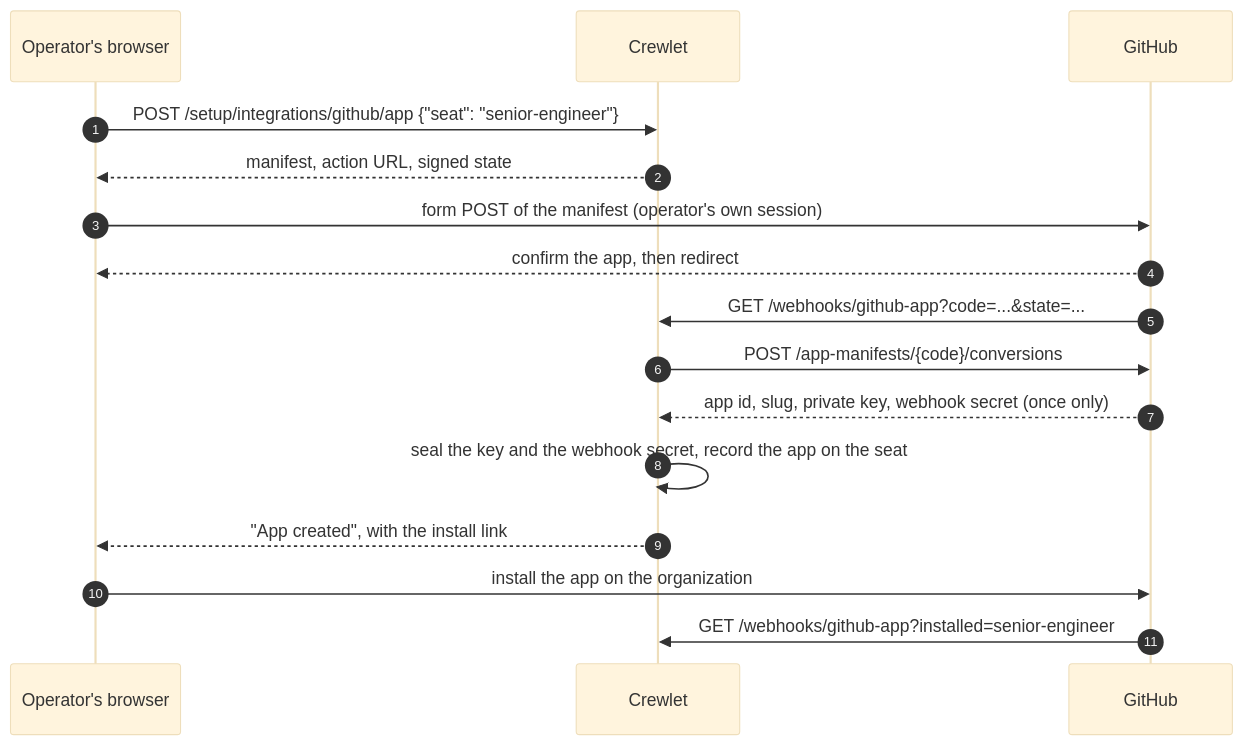
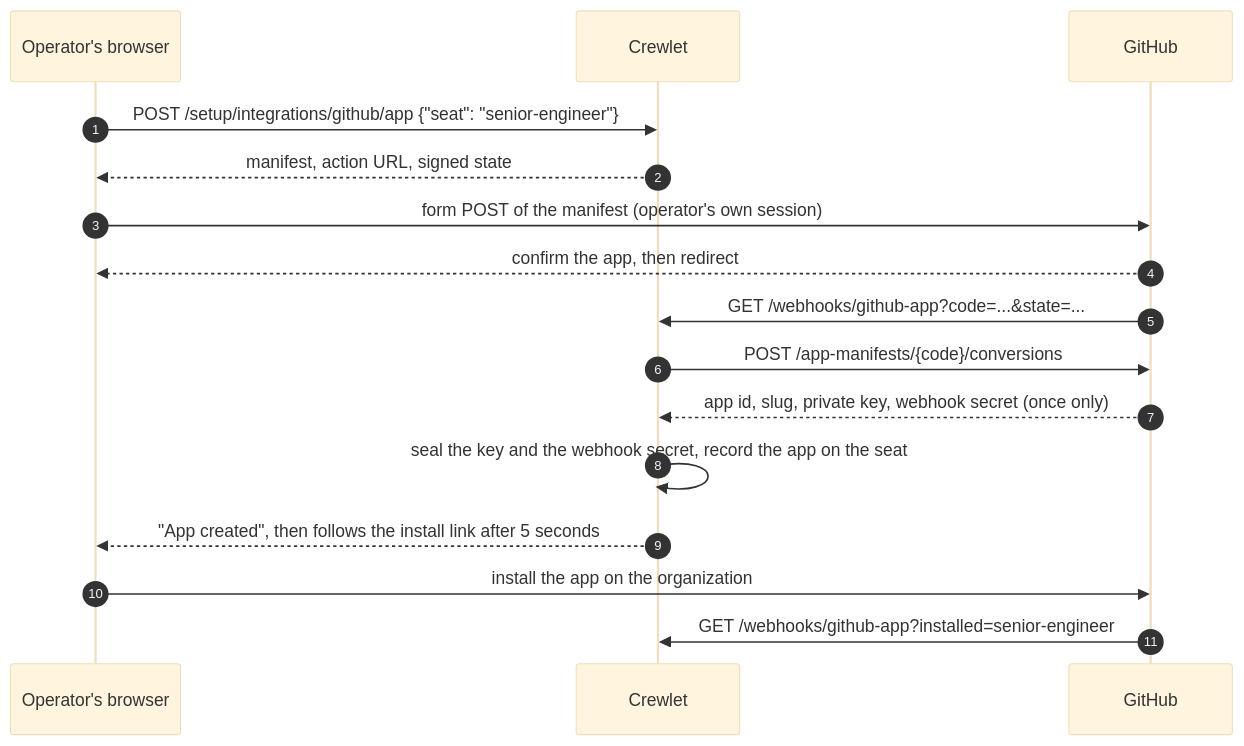
One commit to crewlet/crewlet changed the diagram in docs/integrations/github.md. Above: the diagram before and after it, drawn with Mermaid (base theme). The commit also changed other lines of this file and 2 other files, not shown here.

First line of the commit message:
feat(api): the created-app page takes the operator on to the install

````diff
--- a/docs/integrations/github.md
+++ b/docs/integrations/github.md
@@ -184,19 +184,19 @@
 ```mermaid
 sequenceDiagram
     autonumber
     participant Op as Operator's browser
     participant CL as Crewlet
     participant GH as GitHub
 
     Op->>CL: POST /setup/integrations/github/app {"seat": "senior-engineer"}
     CL-->>Op: manifest, action URL, signed state
     Op->>GH: form POST of the manifest (operator's own session)
     GH-->>Op: confirm the app, then redirect
     GH->>CL: GET /webhooks/github-app?code=...&state=...
     CL->>GH: POST /app-manifests/{code}/conversions
     GH-->>CL: app id, slug, private key, webhook secret (once only)
     CL->>CL: seal the key and the webhook secret, record the app on the seat
-    CL-->>Op: "App created", with the install link
+    CL-->>Op: "App created", then follows the install link after 5 seconds
     Op->>GH: install the app on the organization
     GH->>CL: GET /webhooks/github-app?installed=senior-engineer
 ```
````
